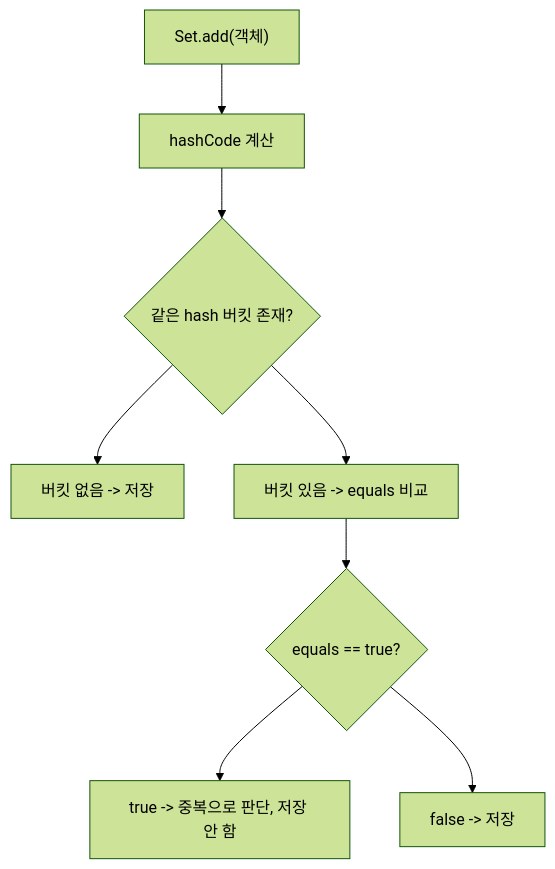
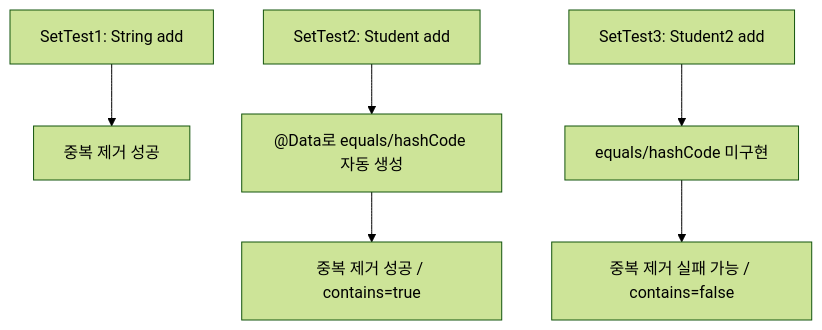
The third of 3 diagrams in day8-lib/README.md (metaapple/kb7-java), drawn with Mermaid (forest theme) before and after one commit. The commit also changed other lines of this file and 1 other file, not shown here.

````diff
--- a/day8-lib/README.md
+++ b/day8-lib/README.md
@@ -949,10 +955,8 @@
 ```mermaid
 flowchart TD
-  A["Set.add(객체)"] --> B["hashCode 계산"]
-  B --> C{"같은 hash 버킷 존재?"}
-  C --> D["버킷 없음 -> 저장"]
-  C --> E["버킷 있음 -> equals 비교"]
-  E --> F{"equals == true?"}
-  F --> G["true -> 중복으로 판단, 저장 안 함"]
-  F --> H["false -> 저장"]
+  A["SetTest1: String add"] --> B["중복 제거 성공"]
+  C["SetTest2: Student add"] --> D["@Data로 equals/hashCode 자동 생성"]
+  D --> E["중복 제거 성공 / contains=true"]
+  F["SetTest3: Student2 add"] --> G["equals/hashCode 미구현"]
+  G --> H["중복 제거 실패 가능 / contains=false"]
 ```
````
